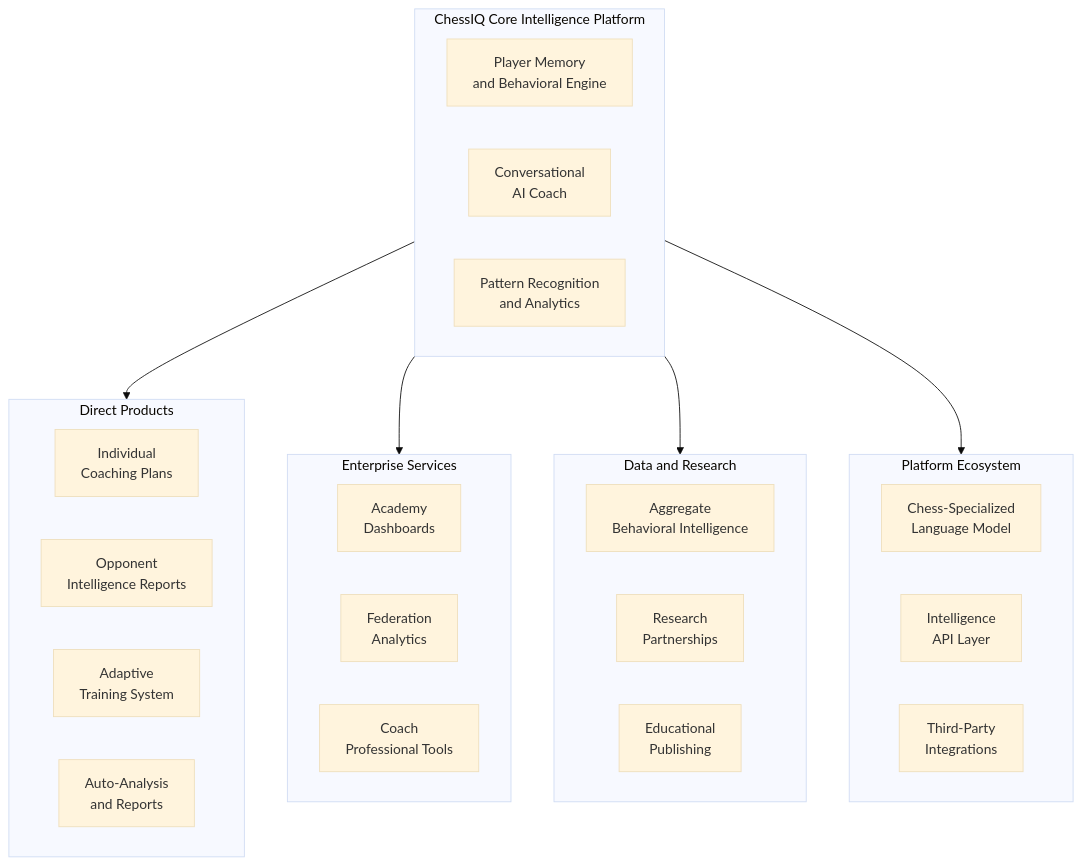
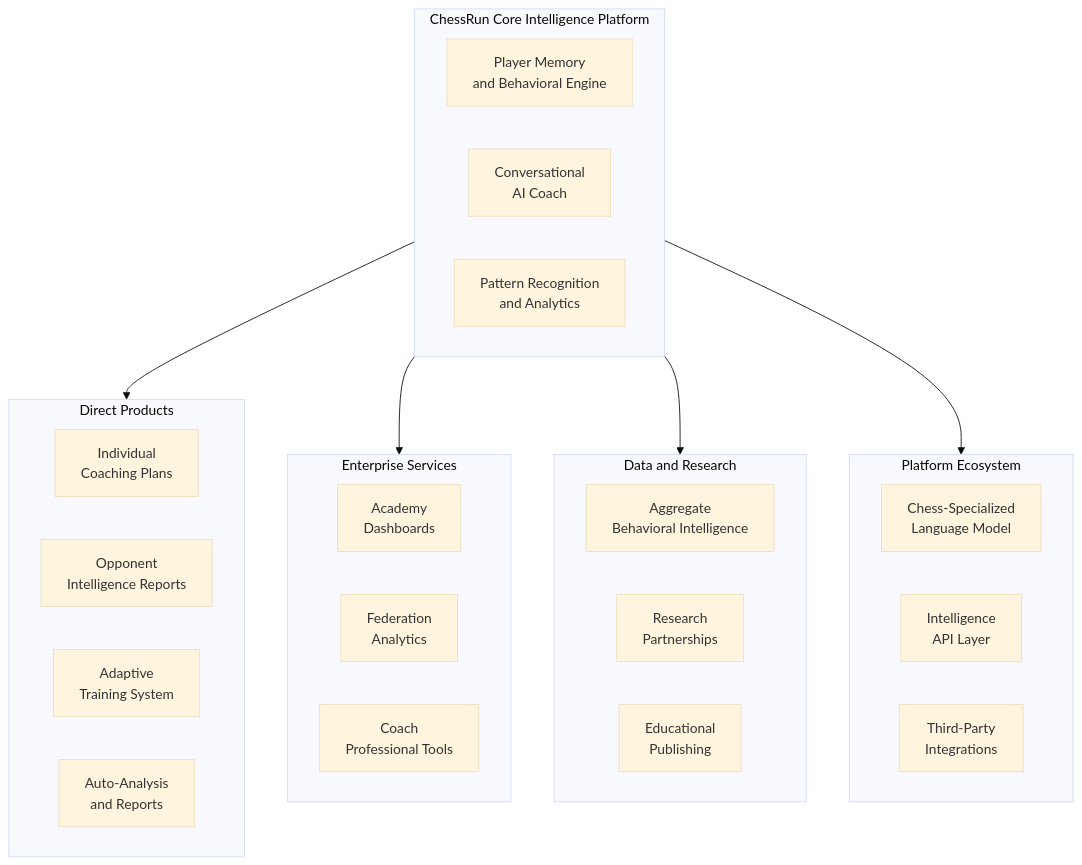
The third of 4 diagrams in docs/strategy/FUTURE_SERVICES_EXPANSION_STRATEGY.md (ArcnetLabs/chess-AI), drawn with Mermaid (base theme) before and after one commit. The commit also changed other lines of this file and 85 other files, not shown here.

Commit message:
feat: align frontend with ChessRun coach UX

````diff
--- a/docs/strategy/FUTURE_SERVICES_EXPANSION_STRATEGY.md
+++ b/docs/strategy/FUTURE_SERVICES_EXPANSION_STRATEGY.md
@@ -594,38 +596,38 @@
 ```mermaid
 flowchart TB
-    subgraph Core["ChessIQ Core Intelligence Platform"]
+    subgraph Core["ChessRun Core Intelligence Platform"]
         PLAYER[Player Memory\nand Behavioral Engine]
         COACH[Conversational\nAI Coach]
         PATTERN[Pattern Recognition\nand Analytics]
     end
 
     subgraph Products["Direct Products"]
         INDIVIDUAL[Individual\nCoaching Plans]
         OPPO[Opponent\nIntelligence Reports]
         TRAINING[Adaptive\nTraining System]
         AUTO[Auto-Analysis\nand Reports]
     end
 
     subgraph Enterprise["Enterprise Services"]
         ACADEMY[Academy\nDashboards]
         FEDERATION[Federation\nAnalytics]
         COACH_PRO[Coach\nProfessional Tools]
     end
 
     subgraph Research["Data and Research"]
         AGGREGATE[Aggregate\nBehavioral Intelligence]
         RESEARCH[Research\nPartnerships]
         PUBLISHING[Educational\nPublishing]
     end
 
     subgraph Ecosystem["Platform Ecosystem"]
         MODEL[Chess-Specialized\nLanguage Model]
         API[Intelligence\nAPI Layer]
         PARTNER[Third-Party\nIntegrations]
     end
 
     Core --> Products
     Core --> Enterprise
     Core --> Research
     Core --> Ecosystem
 ```
````
